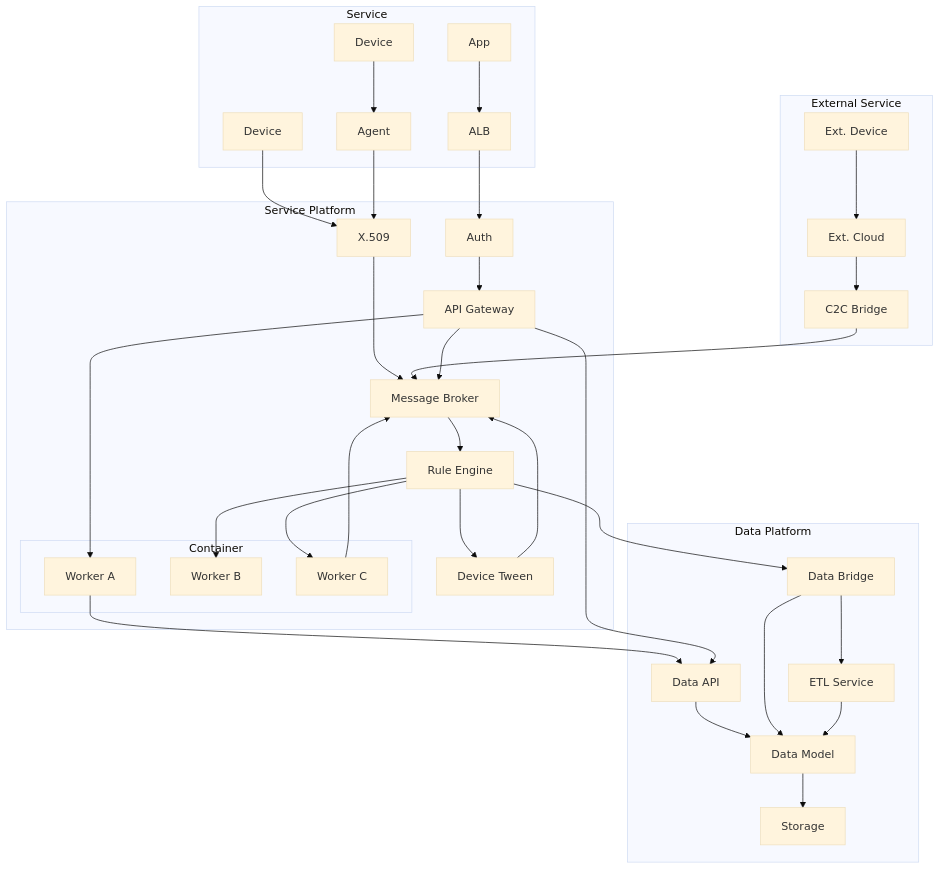
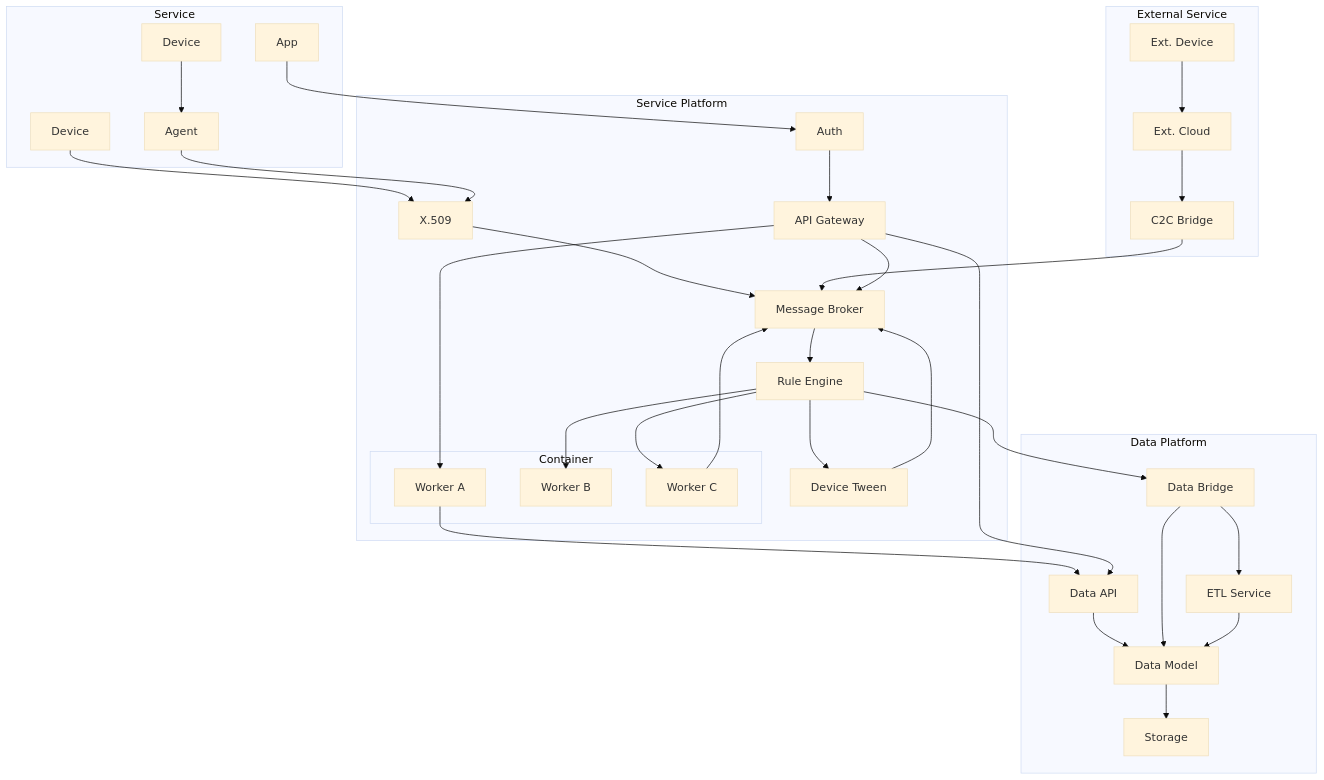
Before and after one commit to devchan64/devchan64.github.io: the second of 2 diagrams in _posts/2024-11-01-message-architecture-and-operational-design.md, drawn with Mermaid (base theme). The commit also changed other lines of this file and 2 other files, not shown here.

````diff
--- a/_posts/2024-11-01-message-architecture-and-operational-design.md
+++ b/_posts/2024-11-01-message-architecture-and-operational-design.md
@@ -79,49 +89,49 @@
 ```mermaid
 graph TB
     %% --- 상위 서비스 구조 ---
     subgraph SRV [Service]
         DEV[Device]
         DEV1[Device] --> AGENT[Agent]
-        APP[App] --> ALB 
+        APP[App]
     end    
     
     subgraph 3RD [External Service]
         3RD_DEV[Ext. Device] --> 3RD_CLOUD[Ext. Cloud] --> BRIDGE[C2C Bridge]
     end
 
     %% --- 메인 서비스 플랫폼 ---
     subgraph SP [Service Platform]
         AUTH[Auth] --> API[API Gateway]
         X509[X.509] --> MSG[Message Broker]
         BRIDGE --> MSG
         API --> MSG
         MSG --> RULE[Rule Engine] --> DT[Device Tween] --> MSG
 
         subgraph OC [Container]
             MSA[Worker A]
             MSA1[Worker B]
             MSA2[Worker C]
         end
 
         API --> MSA
         RULE --> MSA1
         RULE --> MSA2 --> MSG
     end
 
     %% --- 데이터 플랫폼 ---
     subgraph DP [Data Platform]
         DATA_API[Data API] --> MODEL[Data Model]
         DATA_BRIDGE[Data Bridge] --> MODEL
         ETL[ETL Service] --> MODEL
         MODEL --> DATA[Storage]
     end
 
     %% --- Cross-domain 연결 ---
     MSA --> DATA_API
     API --> DATA_API
     RULE --> DATA_BRIDGE
     DATA_BRIDGE --> ETL
     DEV[Device] --> X509
     AGENT --> X509
-    ALB --> AUTH
+    APP --> AUTH
 ```
````
